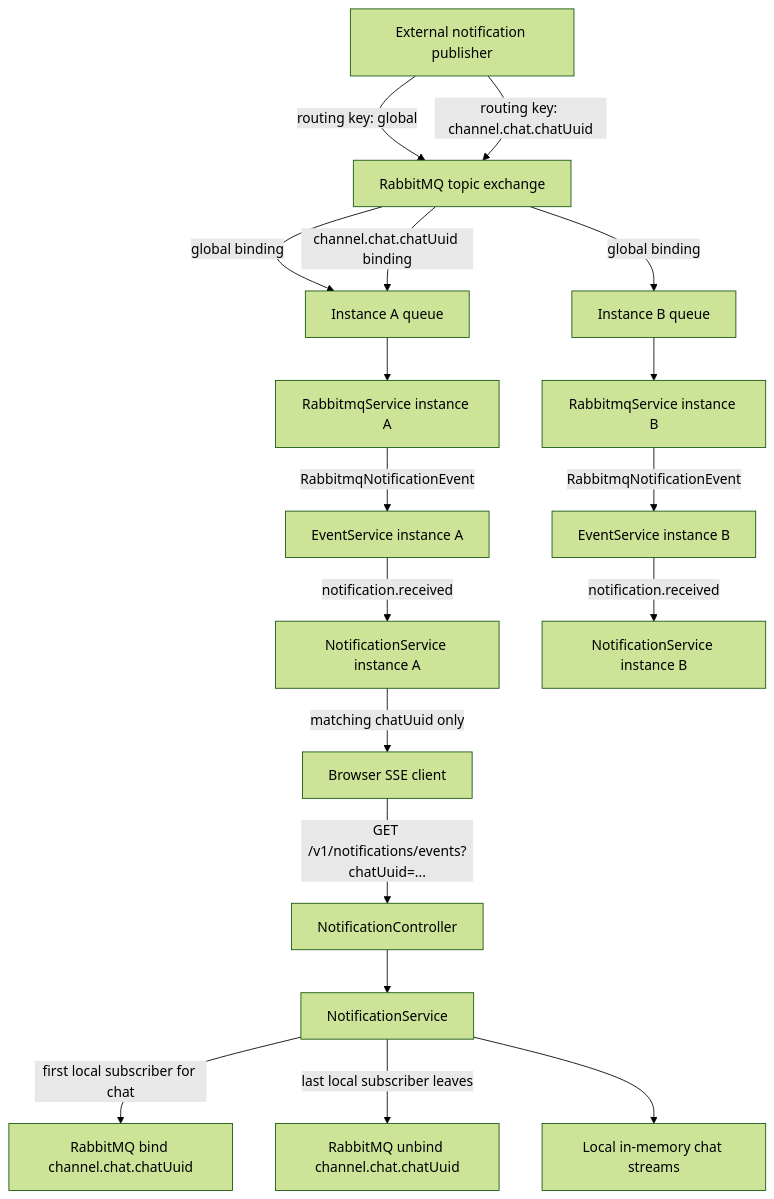
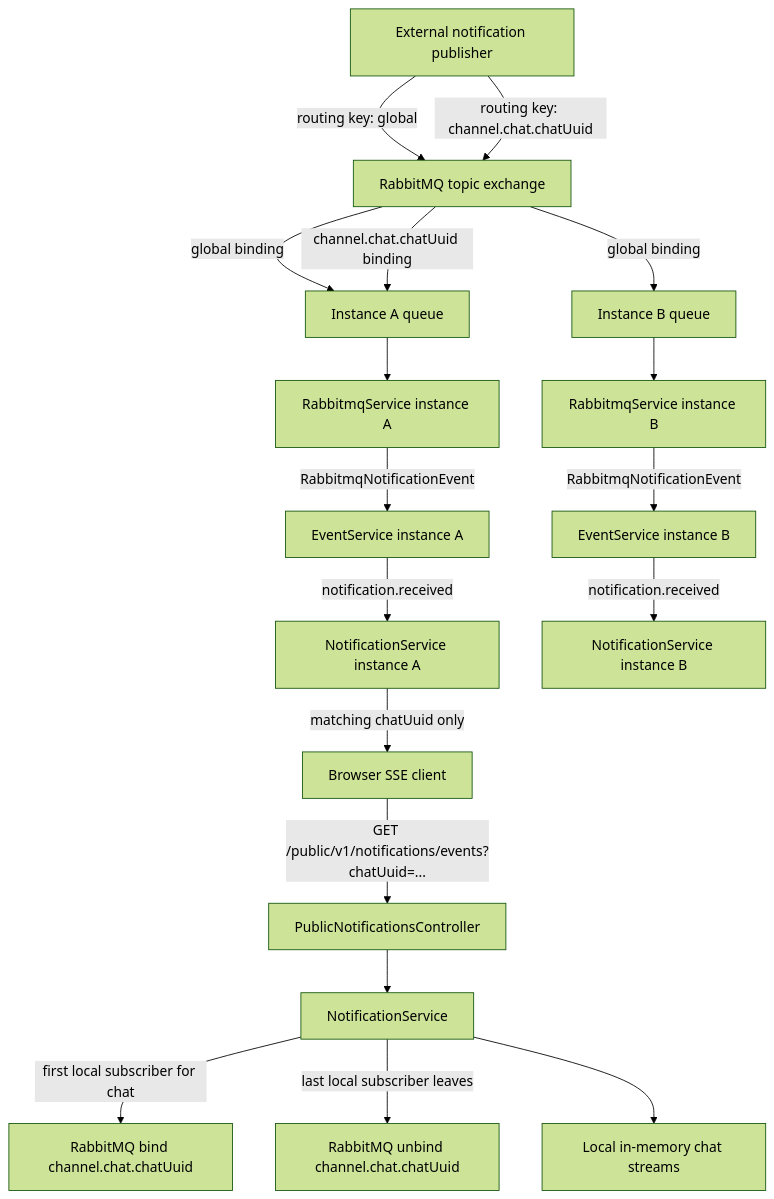
Before and after one commit to buerokratt/notifications-node: the first of 2 diagrams in README.md, drawn with Mermaid (forest theme). The commit also changed other lines of this file and 36 other files, not shown here.

````diff
--- a/README.md
+++ b/README.md
@@ -26,27 +26,27 @@
 ```mermaid
 flowchart TD
-  Client[Browser SSE client] -->|GET /v1/notifications/events?chatUuid=...| Controller[NotificationController]
+  Client[Browser SSE client] -->|GET /public/v1/notifications/events?chatUuid=...| Controller[PublicNotificationsController]
   Controller --> Service[NotificationService]
 
   Service -->|first local subscriber for chat| Bind[RabbitMQ bind channel.chat.chatUuid]
   Service -->|last local subscriber leaves| Unbind[RabbitMQ unbind channel.chat.chatUuid]
   Service --> Streams[Local in-memory chat streams]
 
   Publisher[External notification publisher] -->|routing key: global| Exchange[RabbitMQ topic exchange]
   Publisher -->|routing key: channel.chat.chatUuid| Exchange
 
   Exchange -->|global binding| QueueA[Instance A queue]
   Exchange -->|global binding| QueueB[Instance B queue]
   Exchange -->|channel.chat.chatUuid binding| QueueA
 
   QueueA --> RabbitConsumerA[RabbitmqService instance A]
   QueueB --> RabbitConsumerB[RabbitmqService instance B]
 
   RabbitConsumerA -->|RabbitmqNotificationEvent| EventServiceA[EventService instance A]
   RabbitConsumerB -->|RabbitmqNotificationEvent| EventServiceB[EventService instance B]
 
   EventServiceA -->|notification.received| NotificationA[NotificationService instance A]
   EventServiceB -->|notification.received| NotificationB[NotificationService instance B]
 
   NotificationA -->|matching chatUuid only| Client
 ```
````
